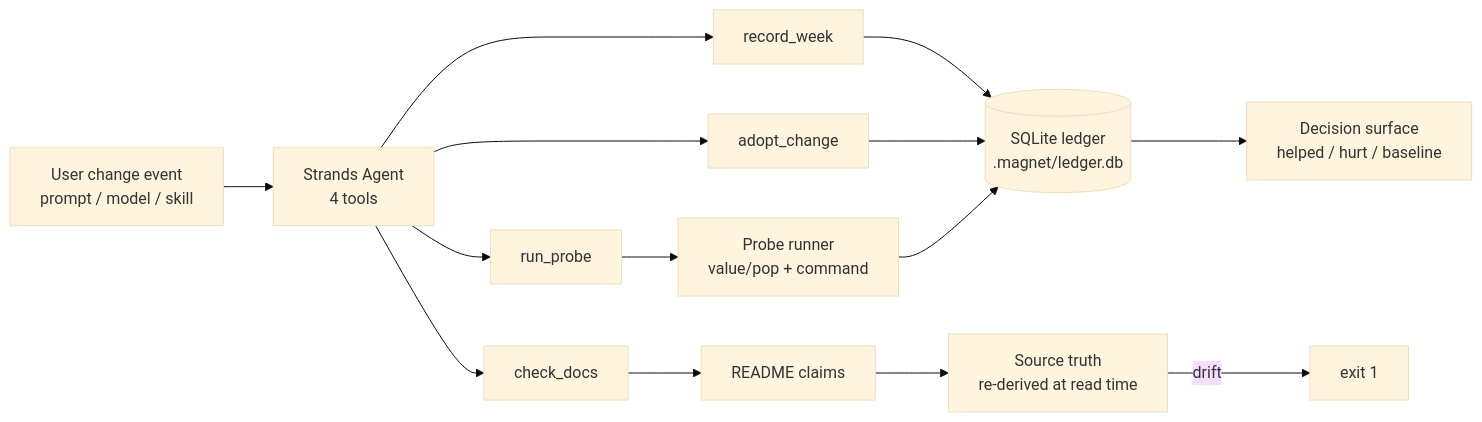
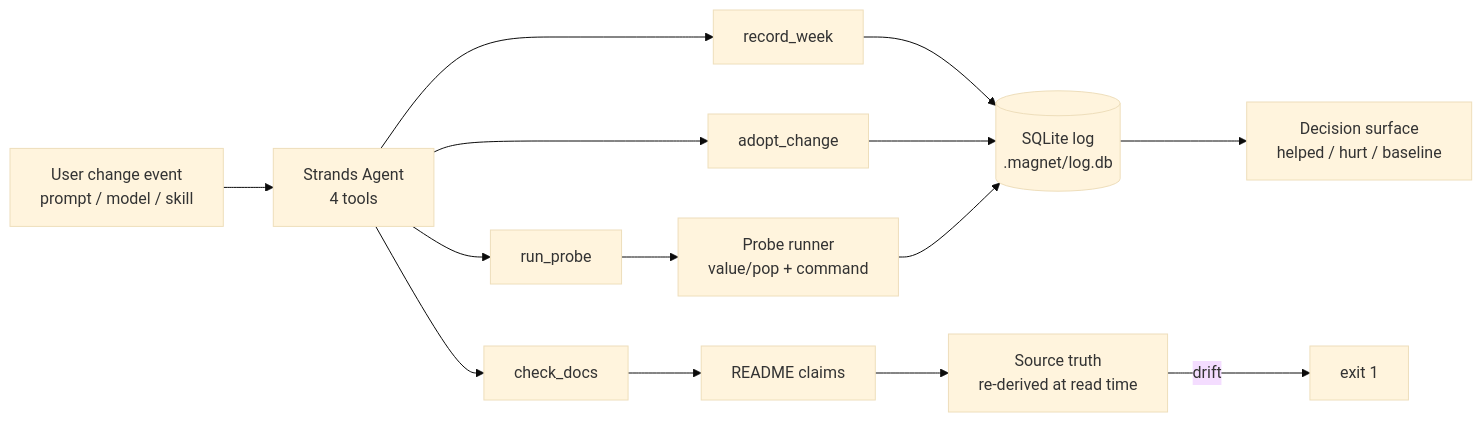
The diagram in docs/architecture.md (Morkeeth/agents-for-humans), drawn with Mermaid (base theme) before and after one commit. The commit also changed other lines of this file and 17 other files, not shown here.

````diff
--- a/docs/architecture.md
+++ b/docs/architecture.md
@@ -7,16 +7,16 @@
 ```mermaid
 flowchart LR
     U[User change event<br/>prompt / model / skill] --> A[Strands Agent<br/>4 tools]
     A --> RP[run_probe]
     A --> RW[record_week]
     A --> AC[adopt_change]
     A --> CD[check_docs]
     RP --> PR[Probe runner<br/>value/pop + command]
-    RW --> DB[(SQLite ledger<br/>.magnet/ledger.db)]
+    RW --> DB[(SQLite log<br/>.magnet/log.db)]
     AC --> DB
     PR --> DB
     DB --> DS[Decision surface<br/>helped / hurt / baseline]
     CD --> README[README claims]
     README --> SRC[Source truth<br/>re-derived at read time]
     SRC -->|drift| FAIL[exit 1]
 ```
````
